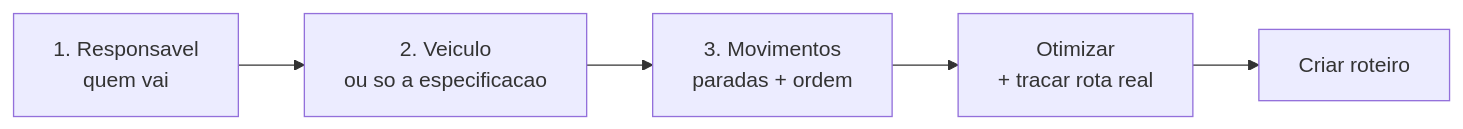
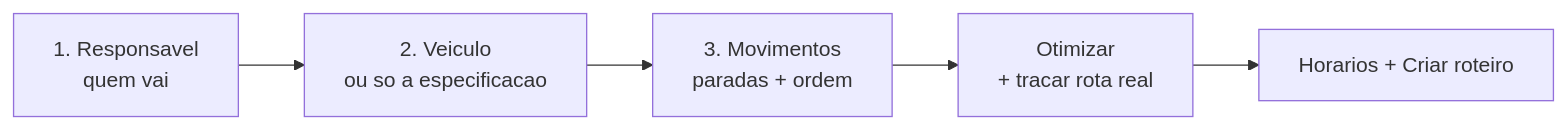
The first of 2 diagrams in logistica/planejando-o-roteiro.md (LocFlowTeam/locflow-docs), drawn with Mermaid before and after one commit. The commit also changed other lines of this file and 6 other files, not shown here.

````diff
--- a/logistica/planejando-o-roteiro.md
+++ b/logistica/planejando-o-roteiro.md
@@ -18,7 +20,7 @@
 ```mermaid
 flowchart LR
     P1[1. Responsavel<br/>quem vai] --> P2[2. Veiculo<br/>ou so a especificacao]
     P2 --> P3[3. Movimentos<br/>paradas + ordem]
     P3 --> OT[Otimizar<br/>+ tracar rota real]
-    OT --> CRIA[Criar roteiro]
+    OT --> CRIA[Horarios + Criar roteiro]
 ```
````
